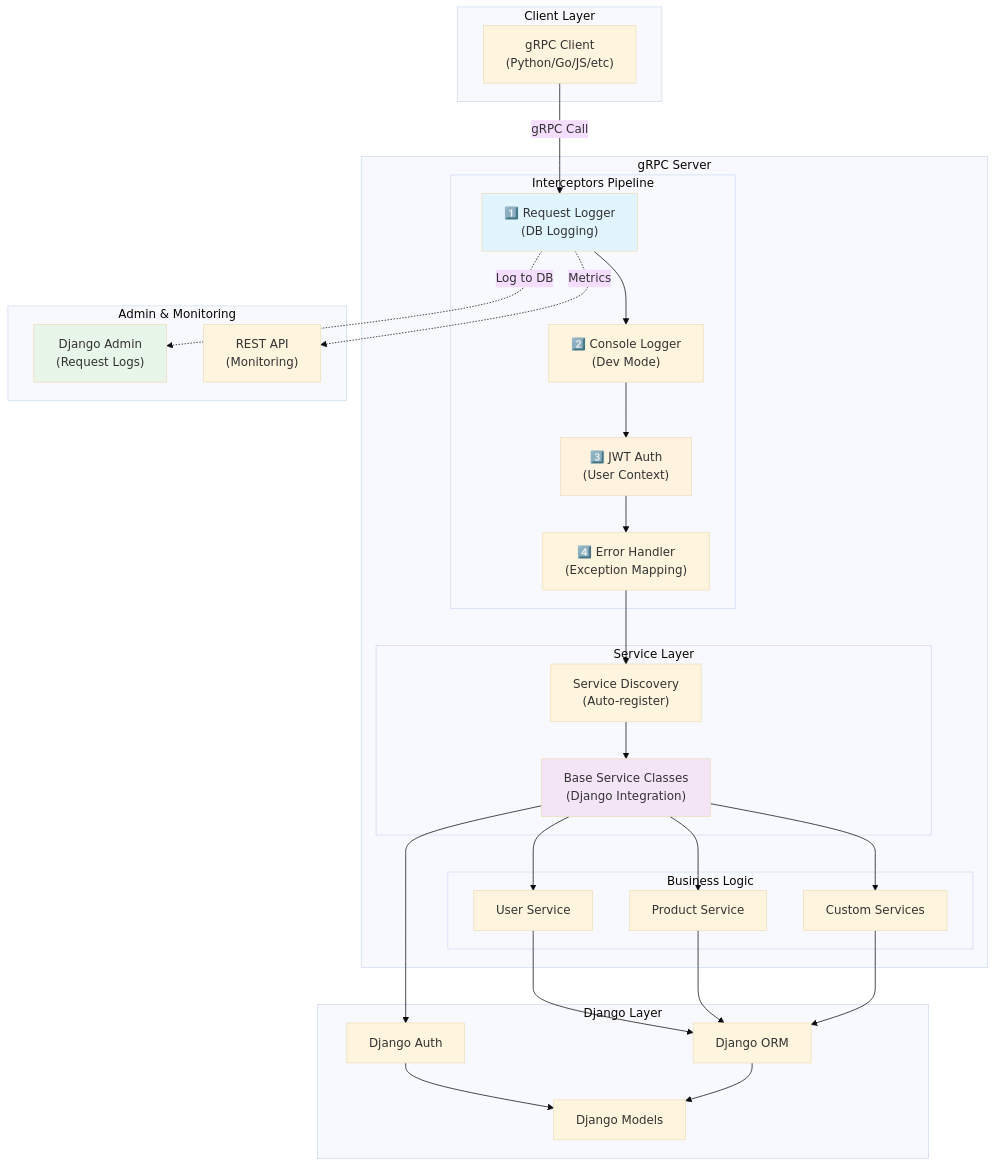
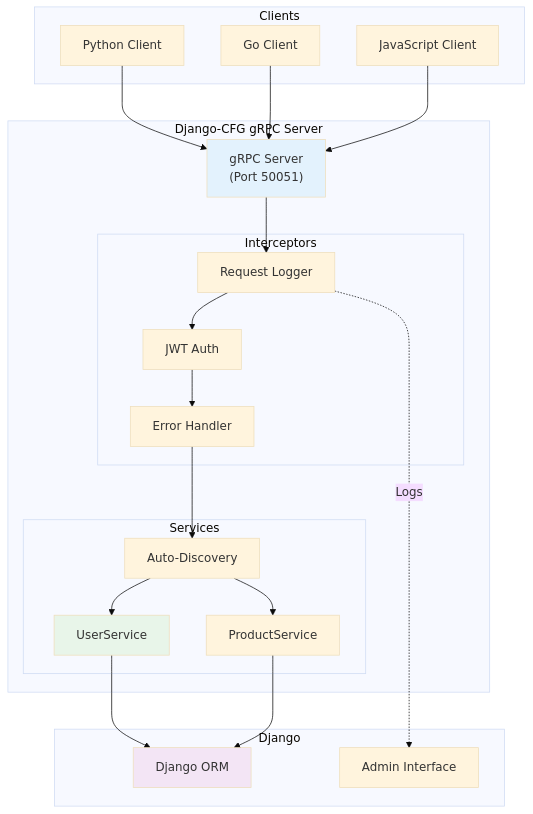
The first of 2 diagrams in docs/features/integrations/grpc/index.md (markolofsen/django-cfg), drawn with Mermaid (base theme) before and after one commit. The commit also changed other lines of this file and 739 other files, not shown here.

````diff
--- a/docs/features/integrations/grpc/index.md
+++ b/docs/features/integrations/grpc/index.md
@@ -280,63 +98,45 @@
 ```mermaid
 graph TB
-    subgraph "Client Layer"
-        GrpcClient["gRPC Client<br/>(Python/Go/JS/etc)"]
+    subgraph "Clients"
+        Python["Python Client"]
+        Go["Go Client"]
+        JS["JavaScript Client"]
     end
 
-    subgraph "gRPC Server"
-        subgraph "Interceptors Pipeline"
-            I1["1️⃣ Request Logger<br/>(DB Logging)"]
-            I2["2️⃣ Console Logger<br/>(Dev Mode)"]
-            I3["3️⃣ JWT Auth<br/>(User Context)"]
-            I4["4️⃣ Error Handler<br/>(Exception Mapping)"]
+    subgraph "Django-CFG gRPC Server"
+        Server["gRPC Server<br/>(Port 50051)"]
+
+        subgraph "Interceptors"
+            Logger["Request Logger"]
+            Auth["JWT Auth"]
+            Error["Error Handler"]
         end
 
-        subgraph "Service Layer"
-            Discovery["Service Discovery<br/>(Auto-register)"]
-            BaseService["Base Service Classes<br/>(Django Integration)"]
-        end
-
-        subgraph "Business Logic"
-            UserService["User Service"]
-            ProductService["Product Service"]
-            CustomService["Custom Services"]
+        subgraph "Services"
+            Auto["Auto-Discovery"]
+            User["UserService"]
+            Product["ProductService"]
         end
     end
 
-    subgraph "Django Layer"
+    subgraph "Django"
         ORM["Django ORM"]
-        Auth["Django Auth"]
-        Models["Django Models"]
+        Admin["Admin Interface"]
     end
 
-    subgraph "Admin & Monitoring"
-        AdminUI["Django Admin<br/>(Request Logs)"]
-        MonitorAPI["REST API<br/>(Monitoring)"]
-    end
+    Python --> Server
+    Go --> Server
+    JS --> Server
 
-    GrpcClient -->|"gRPC Call"| I1
-    I1 --> I2
-    I2 --> I3
-    I3 --> I4
-    I4 --> Discovery
-    Discovery --> BaseService
-    BaseService --> UserService
-    BaseService --> ProductService
-    BaseService --> CustomService
+    Server --> Logger --> Auth --> Error
+    Error --> Auto --> User
+    Auto --> Product
 
-    UserService --> ORM
-    ProductService --> ORM
-    CustomService --> ORM
+    User --> ORM
+    Product --> ORM
+    Logger -.->|Logs| Admin
 
-    BaseService --> Auth
-    Auth --> Models
-    ORM --> Models
-
-    I1 -.->|"Log to DB"| AdminUI
-    I1 -.->|"Metrics"| MonitorAPI
-
-    style I1 fill:#e1f5ff
-    style I3 fill:#fff3e0
-    style BaseService fill:#f3e5f5
-    style AdminUI fill:#e8f5e9
+    style Server fill:#e3f2fd
+    style User fill:#e8f5e9
+    style ORM fill:#f3e5f5
 ```
````
